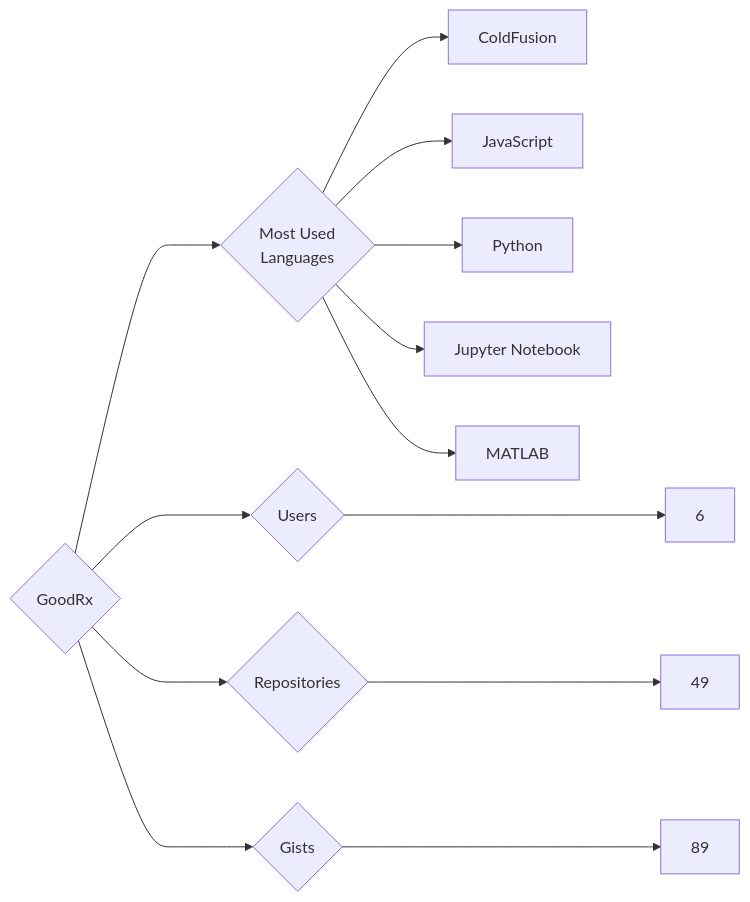
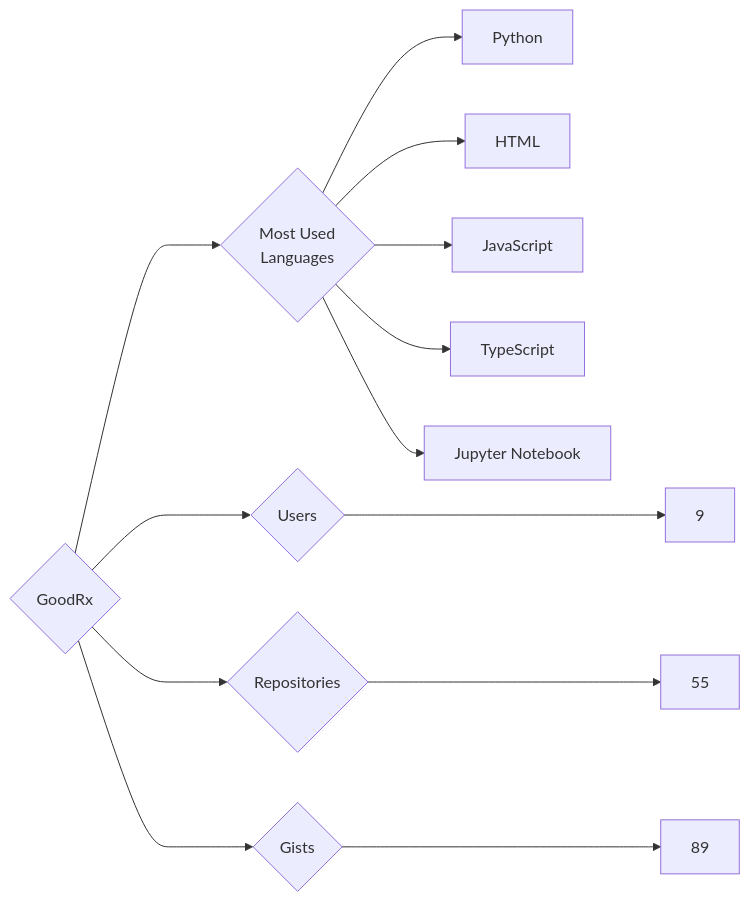
Before and after one commit to trickest/insiders: the diagram in targets/GoodRx/README.md, drawn with Mermaid. The commit also changed 1120 other files, not shown here.

````diff
--- a/targets/GoodRx/README.md
+++ b/targets/GoodRx/README.md
@@ -3,13 +3,13 @@
 ```mermaid
 graph LR
 COMPANY_NAME{GoodRx}
-COMPANY_NAME ---> U{Users} ---> UN[6]
-COMPANY_NAME ---> R{Repositories} ---> RN[49]
+COMPANY_NAME ---> U{Users} ---> UN[9]
+COMPANY_NAME ---> R{Repositories} ---> RN[55]
 COMPANY_NAME ---> G{Gists} ---> GN[89]
 COMPANY_NAME ---> ML{Most Used<br>Languages}
-ML --> ColdFusion[ColdFusion]
+ML --> Python[Python]
+ML --> HTML[HTML]
 ML --> JavaScript[JavaScript]
-ML --> Python[Python]
+ML --> TypeScript[TypeScript]
 ML --> Jupyter_Notebook[Jupyter Notebook]
-ML --> MATLAB[MATLAB]
 ```
````
